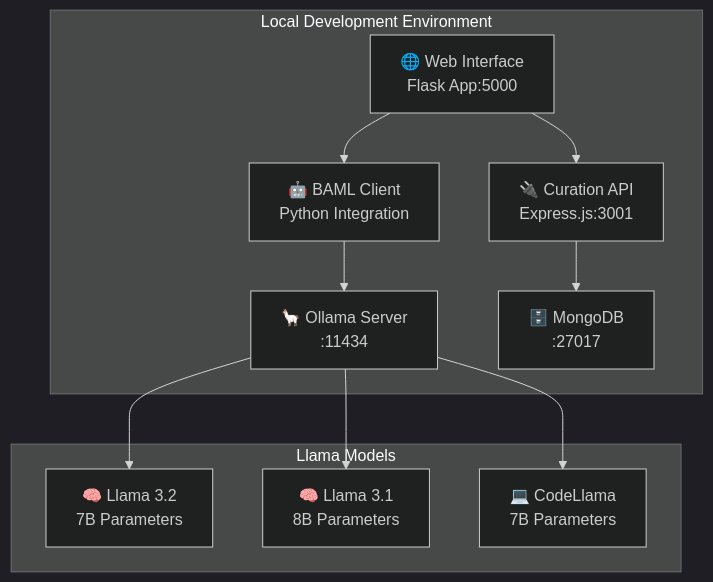
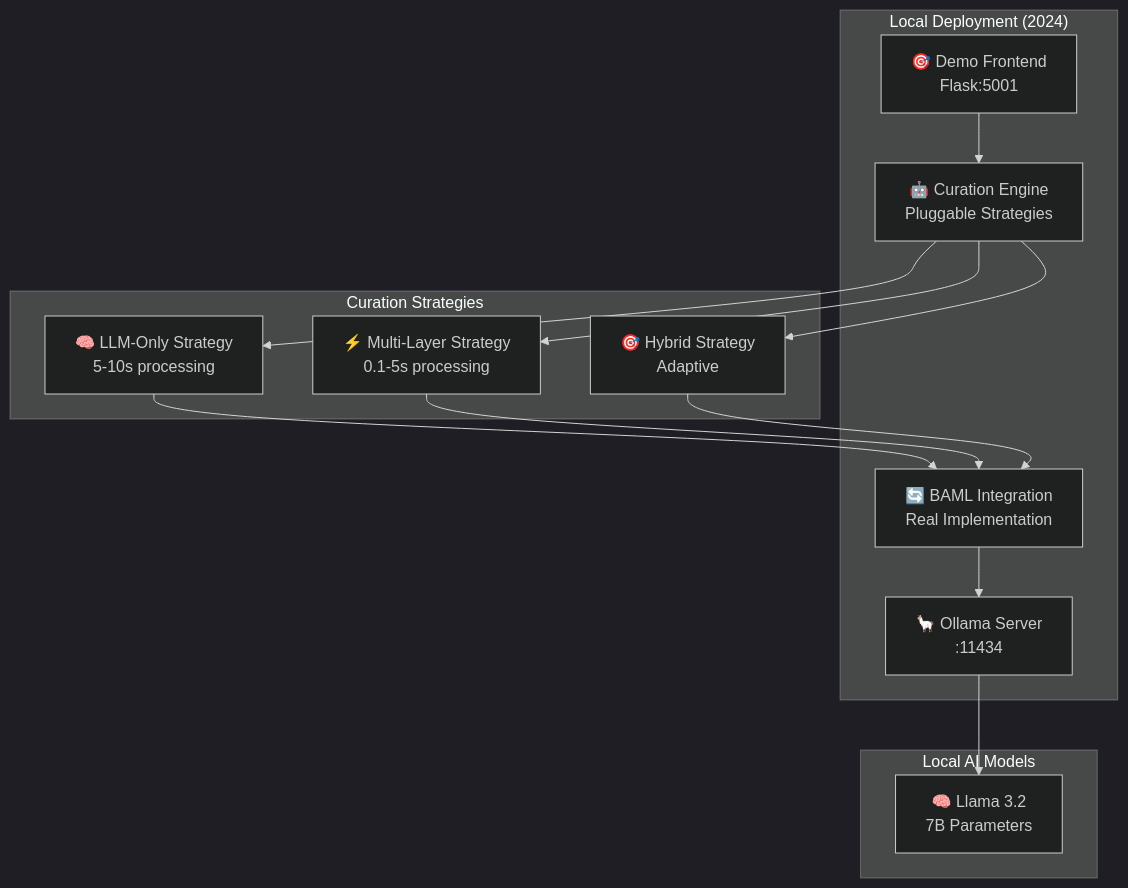
Before and after one commit to gitmujoshi/ai-curation-engine-cursor-generated: the diagram in LOCAL_DEPLOYMENT_GUIDE.md, drawn with Mermaid (dark theme). The commit also changed other lines of this file and 11 other files, not shown here.

````diff
--- a/LOCAL_DEPLOYMENT_GUIDE.md
+++ b/LOCAL_DEPLOYMENT_GUIDE.md
@@ -24,24 +24,29 @@
 ```mermaid
 graph TB
-    subgraph "Local Development Environment"
-        WEB[🌐 Web Interface<br/>Flask App:5000]
-        API[🔌 Curation API<br/>Express.js:3001]
-        BAML[🤖 BAML Client<br/>Python Integration]
+    subgraph "Local Deployment (2024)"
+        DEMO[🎯 Demo Frontend<br/>Flask:5001]
+        ENGINE[🤖 Curation Engine<br/>Pluggable Strategies]
+        BAML[🔄 BAML Integration<br/>Real Implementation]
         OLLAMA[🦙 Ollama Server<br/>:11434]
-        MONGO[🗄️ MongoDB<br/>:27017]
     end
     
-    subgraph "Llama Models"
-        LLAMA3[🧠 Llama 3.2<br/>7B Parameters]
-        LLAMA31[🧠 Llama 3.1<br/>8B Parameters]
-        CODELLAMA[💻 CodeLlama<br/>7B Parameters]
+    subgraph "Curation Strategies"
+        LLM[🧠 LLM-Only Strategy<br/>5-10s processing]
+        MULTI[⚡ Multi-Layer Strategy<br/>0.1-5s processing]
+        HYBRID[🎯 Hybrid Strategy<br/>Adaptive]
     end
     
-    WEB --> API
-    WEB --> BAML
+    subgraph "Local AI Models"
+        LLAMA32[🧠 Llama 3.2<br/>7B Parameters]
+    end
+    
+    DEMO --> ENGINE
+    ENGINE --> LLM
+    ENGINE --> MULTI
+    ENGINE --> HYBRID
     BAML --> OLLAMA
-    OLLAMA --> LLAMA3
-    OLLAMA --> LLAMA31
-    OLLAMA --> CODELLAMA
-    API --> MONGO
+    OLLAMA --> LLAMA32
+    LLM --> BAML
+    MULTI --> BAML
+    HYBRID --> BAML
 ```
````
